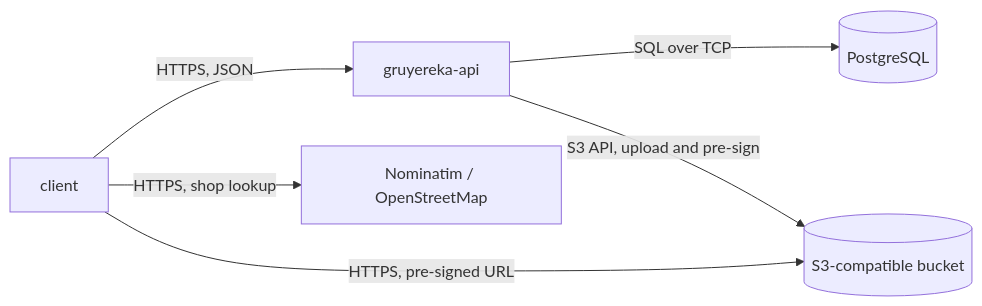
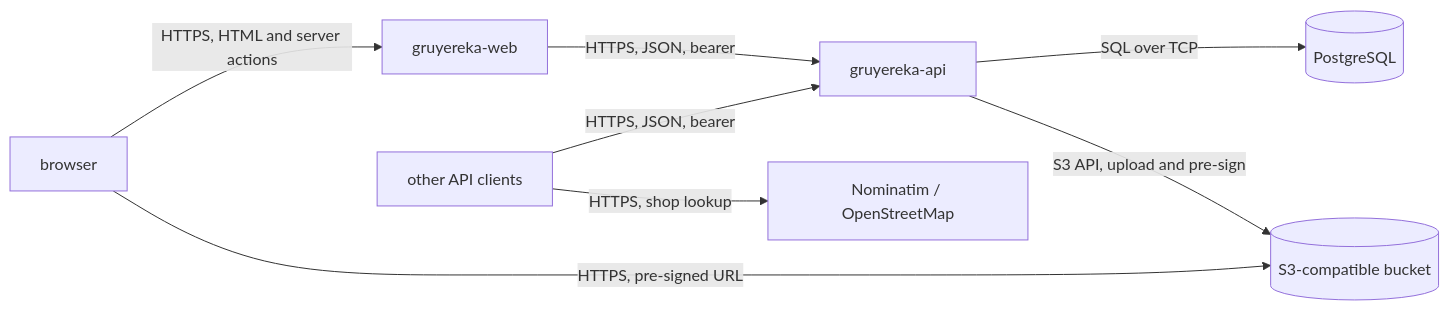
The diagram in ARCHITECTURE.md (therealm-tech/gruyereka), drawn with Mermaid before and after one commit. The commit also changed other lines of this file and 73 other files, not shown here.

First line of the commit message:
web: add the client, starting with the cheeses

````diff
--- a/ARCHITECTURE.md
+++ b/ARCHITECTURE.md
@@ -11,14 +11,18 @@
 ```mermaid
 graph LR
-    client[client]
+    browser[browser]
+    client[other API clients]
+    web[gruyereka-web]
     api[gruyereka-api]
     pg[(PostgreSQL)]
     s3[(S3-compatible bucket)]
     osm[Nominatim / OpenStreetMap]
 
-    client -->|HTTPS, JSON| api
+    browser -->|HTTPS, HTML and server actions| web
+    web -->|HTTPS, JSON, bearer| api
+    client -->|HTTPS, JSON, bearer| api
     client -->|HTTPS, shop lookup| osm
     api -->|SQL over TCP| pg
     api -->|S3 API, upload and pre-sign| s3
-    client -->|HTTPS, pre-signed URL| s3
+    browser -->|HTTPS, pre-signed URL| s3
 ```
````
